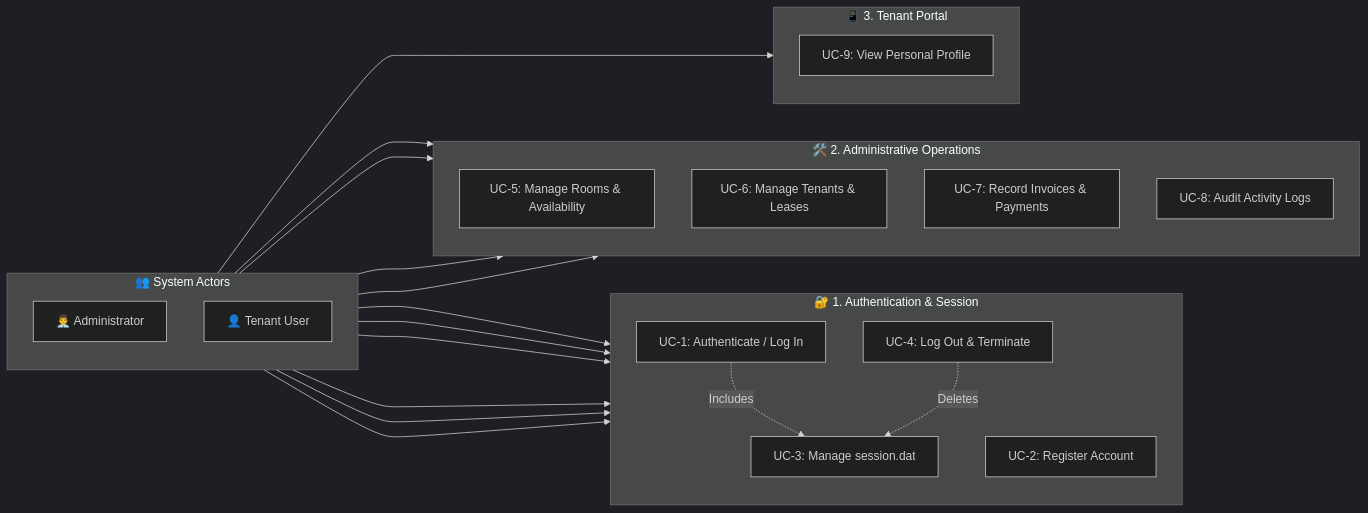
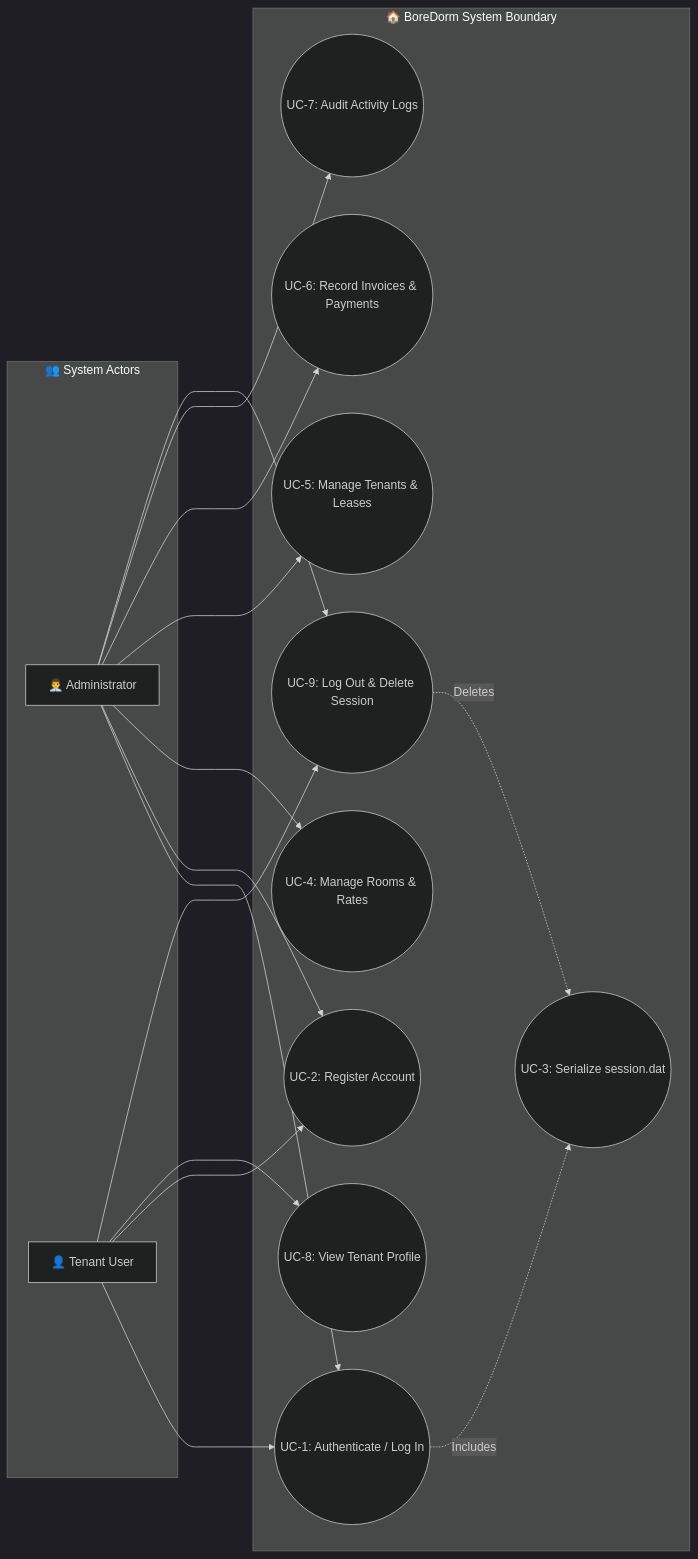
Before and after one commit to CarlosJamesDeLeon/BoreDorm: the second of 4 diagrams in README.md, drawn with Mermaid. The commit also changed other lines of this file, not shown here.

Commit message:
Fix Class Diagram syntax parse error and update Use Case diagram with standard oval nodes and straight lines

````diff
--- a/README.md
+++ b/README.md
@@ -76,46 +165,36 @@
 ```mermaid
 %%{init: {'theme': 'dark', 'flowchart': {'curve': 'straight'}}}%%
 flowchart LR
     subgraph Actors["👥 System Actors"]
-        direction TB
         Admin["👨‍💼 Administrator"]
         Tenant["👤 Tenant User"]
     end
 
-    subgraph AuthGroup["🔐 1. Authentication & Session"]
-        direction TB
-        UC1["UC-1: Authenticate / Log In"]
-        UC2["UC-2: Register Account"]
-        UC3["UC-3: Manage session.dat"]
-        UC9["UC-4: Log Out & Terminate"]
-    end
-
-    subgraph AdminGroup["🛠️ 2. Administrative Operations"]
-        direction TB
-        UC4["UC-5: Manage Rooms & Availability"]
-        UC5["UC-6: Manage Tenants & Leases"]
-        UC6["UC-7: Record Invoices & Payments"]
-        UC7["UC-8: Audit Activity Logs"]
-    end
-
-    subgraph TenantGroup["📱 3. Tenant Portal"]
-        direction TB
-        UC8["UC-9: View Personal Profile"]
+    subgraph SystemBoundary["🏠 BoreDorm System Boundary"]
+        UC1(("UC-1: Authenticate / Log In"))
+        UC2(("UC-2: Register Account"))
+        UC3(("UC-3: Serialize session.dat"))
+        UC4(("UC-4: Manage Rooms & Rates"))
+        UC5(("UC-5: Manage Tenants & Leases"))
+        UC6(("UC-6: Record Invoices & Payments"))
+        UC7(("UC-7: Audit Activity Logs"))
+        UC8(("UC-8: View Tenant Profile"))
+        UC9(("UC-9: Log Out & Delete Session"))
     end
 
     Admin ---> UC1
     Admin ---> UC2
     Admin ---> UC4
     Admin ---> UC5
     Admin ---> UC6
     Admin ---> UC7
     Admin ---> UC9
 
     Tenant ---> UC1
     Tenant ---> UC2
     Tenant ---> UC8
     Tenant ---> UC9
 
     UC1 -.->|Includes| UC3
     UC9 -.->|Deletes| UC3
 ```
````
